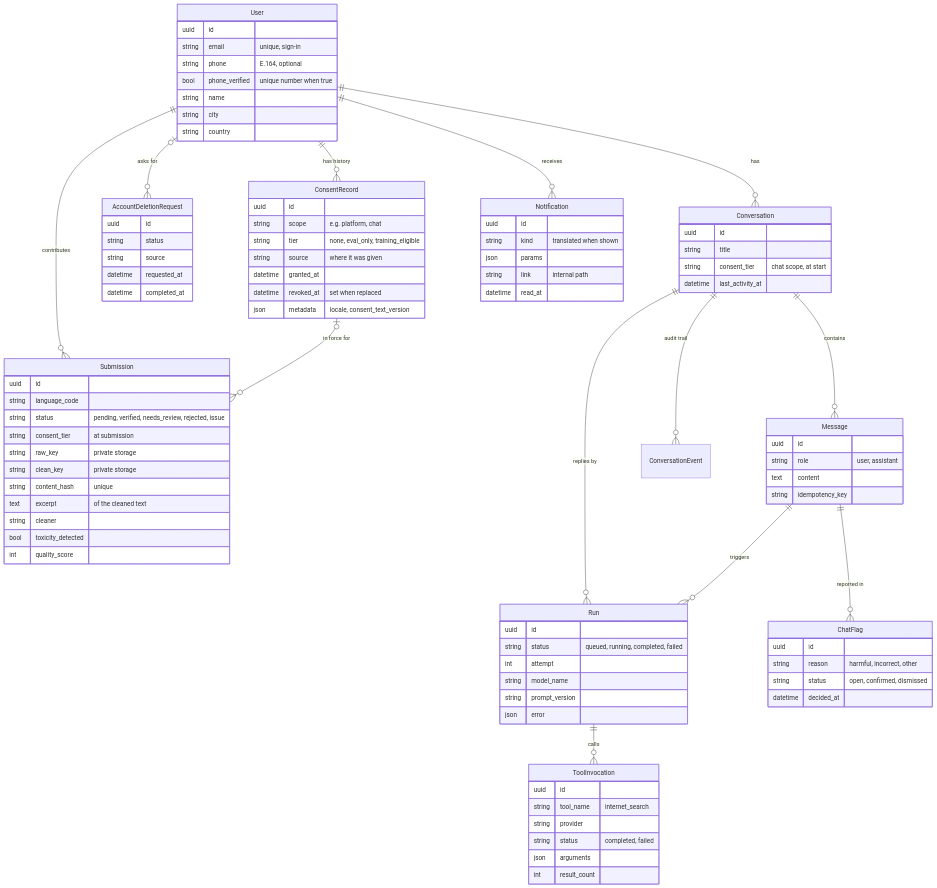
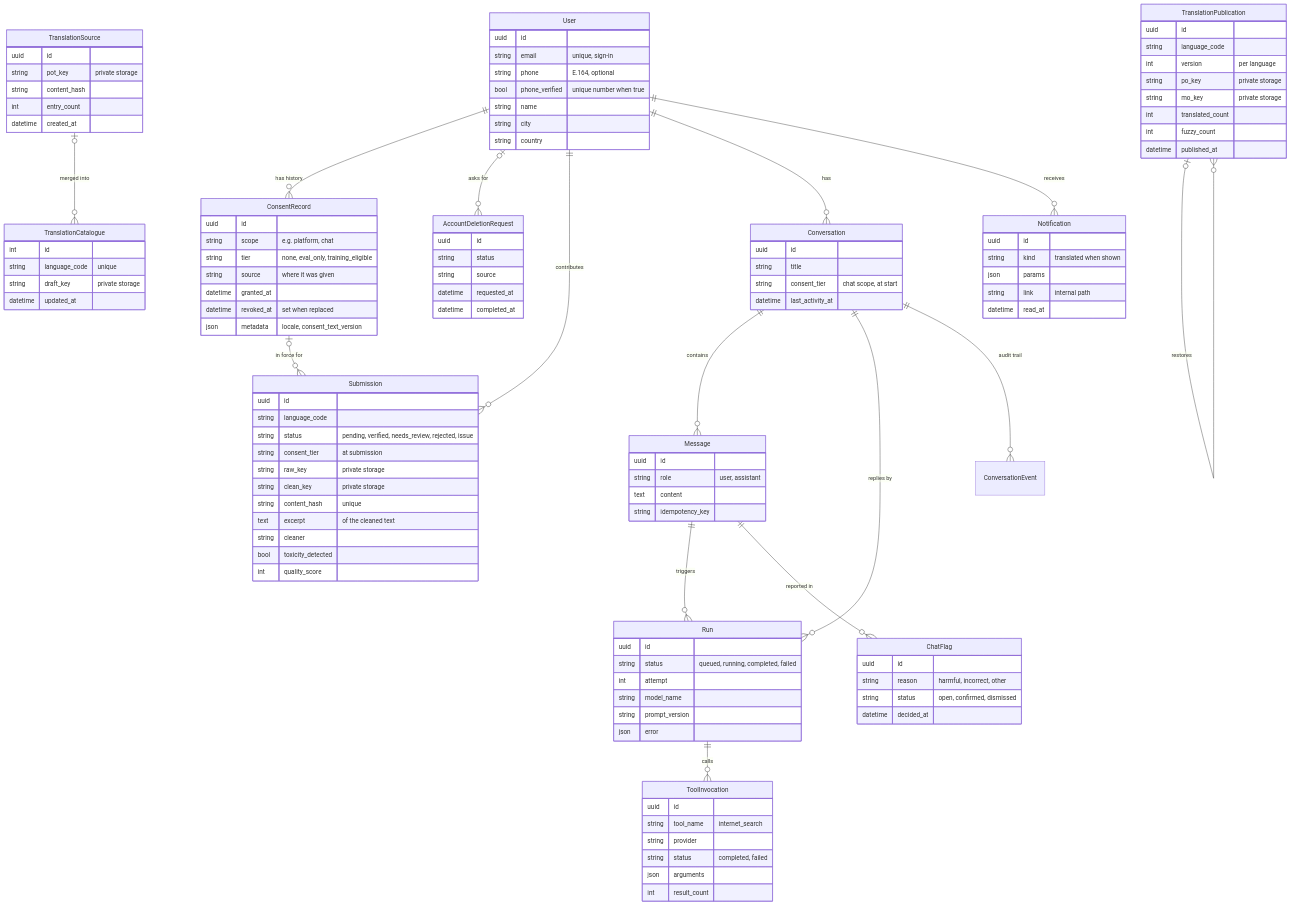
One commit to Bahasa-Ibu/baibu-community changed the second of 2 diagrams in docs/developer/architecture.md. Above: the diagram before and after it, drawn with Mermaid. The commit also changed other lines of this file and 49 other files, not shown here.

````diff
--- a/docs/developer/architecture.md
+++ b/docs/developer/architecture.md
@@ -57,6 +58,8 @@
     User |o--o{ AccountDeletionRequest : "asks for"
     User ||--o{ Submission : contributes
     ConsentRecord |o--o{ Submission : "in force for"
+    TranslationSource |o--o{ TranslationCatalogue : "merged into"
+    TranslationPublication |o--o{ TranslationPublication : "restores"
     User {
         uuid id
         string email "unique, sign-in"
@@ -144,4 +147,27 @@
         datetime requested_at
         datetime completed_at
     }
+    TranslationSource {
+        uuid id
+        string pot_key "private storage"
+        string content_hash
+        int entry_count
+        datetime created_at
+    }
+    TranslationCatalogue {
+        int id
+        string language_code "unique"
+        string draft_key "private storage"
+        datetime updated_at
+    }
+    TranslationPublication {
+        uuid id
+        string language_code
+        int version "per language"
+        string po_key "private storage"
+        string mo_key "private storage"
+        int translated_count
+        int fuzzy_count
+        datetime published_at
+    }
 ```
````
